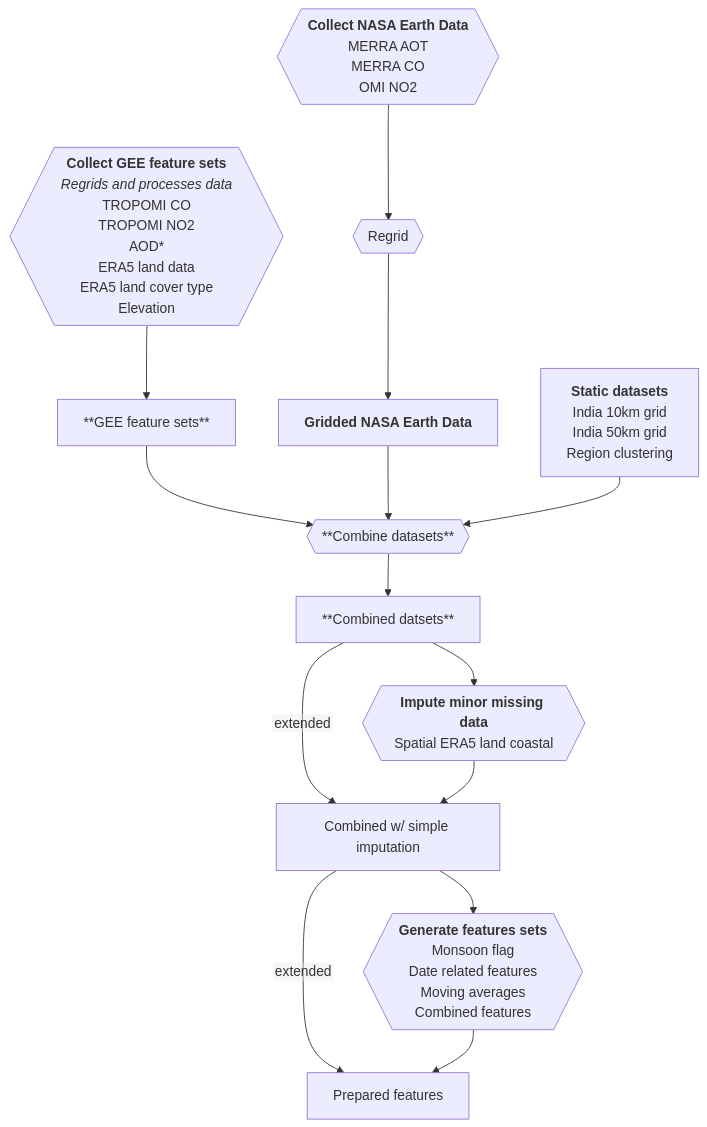
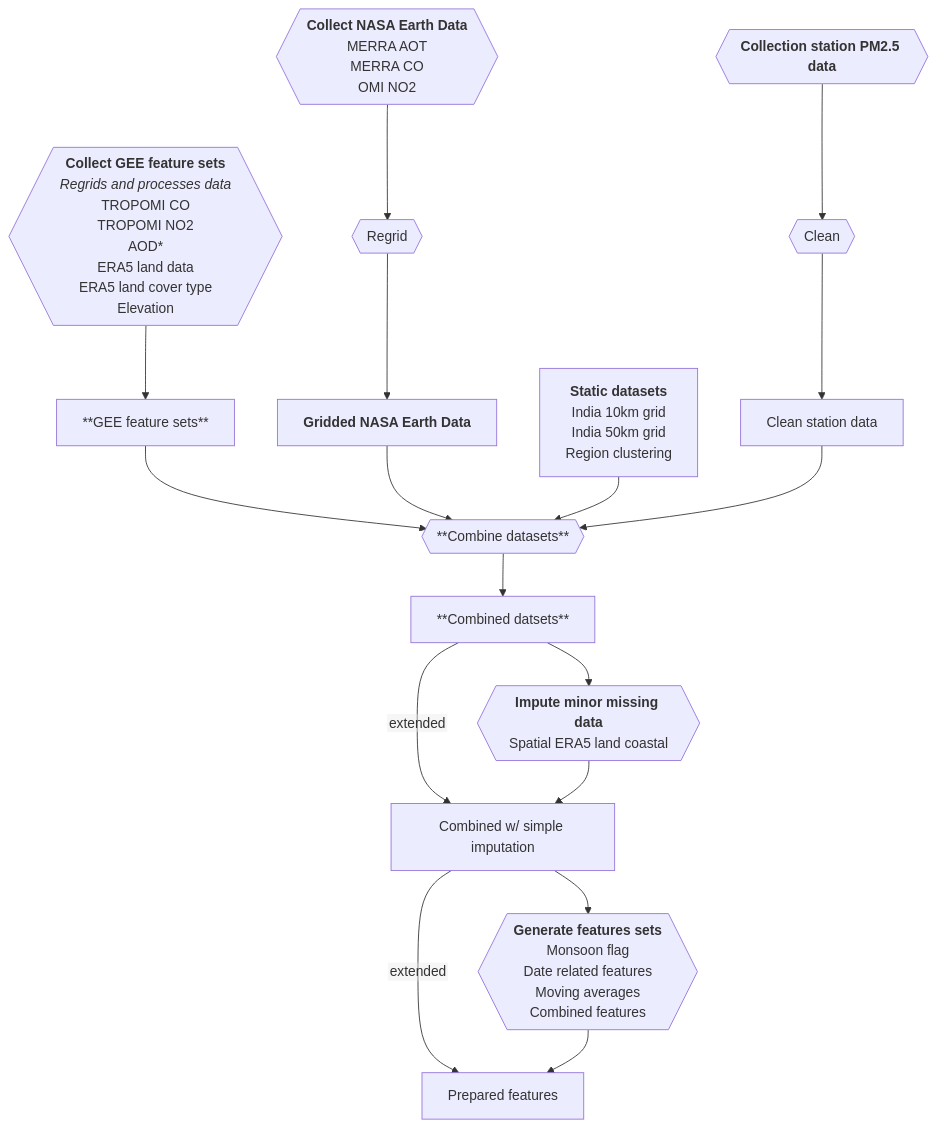
Before and after one commit to energyandcleanair/india_map: the second of 5 diagrams in README.md, drawn with Mermaid. The commit also changed other lines of this file, not shown here.

````diff
--- a/README.md
+++ b/README.md
@@ -148,73 +207,81 @@
 ```mermaid
 %%{init: {"flowchart": {"htmlLabels": false}} }%%
 flowchart TB
   collect_gee_feature_sets{{"`
     **Collect GEE feature sets**
     *Regrids and processes data*
     TROPOMI CO
     TROPOMI NO2
     AOD*
     ERA5 land data
     ERA5 land cover type
     Elevation
   `"}}
 
   gee_feature_sets["**GEE feature sets**"]
 
   collect_ned{{"`
     **Collect NASA Earth Data**
     MERRA AOT
     MERRA CO
     OMI NO2
   `"}}
   ned_regrid{{"Regrid"}}
   ned_regridded["`
     **Gridded NASA Earth Data**
   `"]
+
+  collect_station_data{{"`
+    **Collection station PM2.5 data**
+  `"}}
+  clean_station_data{{"Clean"}}
+  cleaned_station_data["Clean station data"]
 
   static_datasets["`
     **Static datasets**
     India 10km grid
     India 50km grid
     Region clustering
   `"]
 
   combine_datasets{{"**Combine datasets**"}}
 
   combined_datasets["**Combined datsets**"]
 
   simple_imputation{{"`
     **Impute minor missing data**
     Spatial ERA5 land coastal
   `"}}
   simple_imputed_datasets["Combined w/ simple imputation"]
 
   generate_features{{"`
     **Generate features sets**
     Monsoon flag
     Date related features
     Moving averages
     Combined features
   `"}}
 
   prepared_features["Prepared features"]
 
   collect_gee_feature_sets --> gee_feature_sets
   collect_ned --> ned_regrid --> ned_regridded
+  collect_station_data --> clean_station_data --> cleaned_station_data
 
   gee_feature_sets --> combine_datasets
   ned_regridded --> combine_datasets
   static_datasets --> combine_datasets
+  cleaned_station_data --> combine_datasets
 
   combine_datasets --> combined_datasets
 
   combined_datasets --> simple_imputation
   combined_datasets -->|extended| simple_imputed_datasets
   simple_imputation --> simple_imputed_datasets
 
   simple_imputed_datasets --> generate_features
   simple_imputed_datasets -->|extended| prepared_features
 
   generate_features --> prepared_features
 
 ```
````
